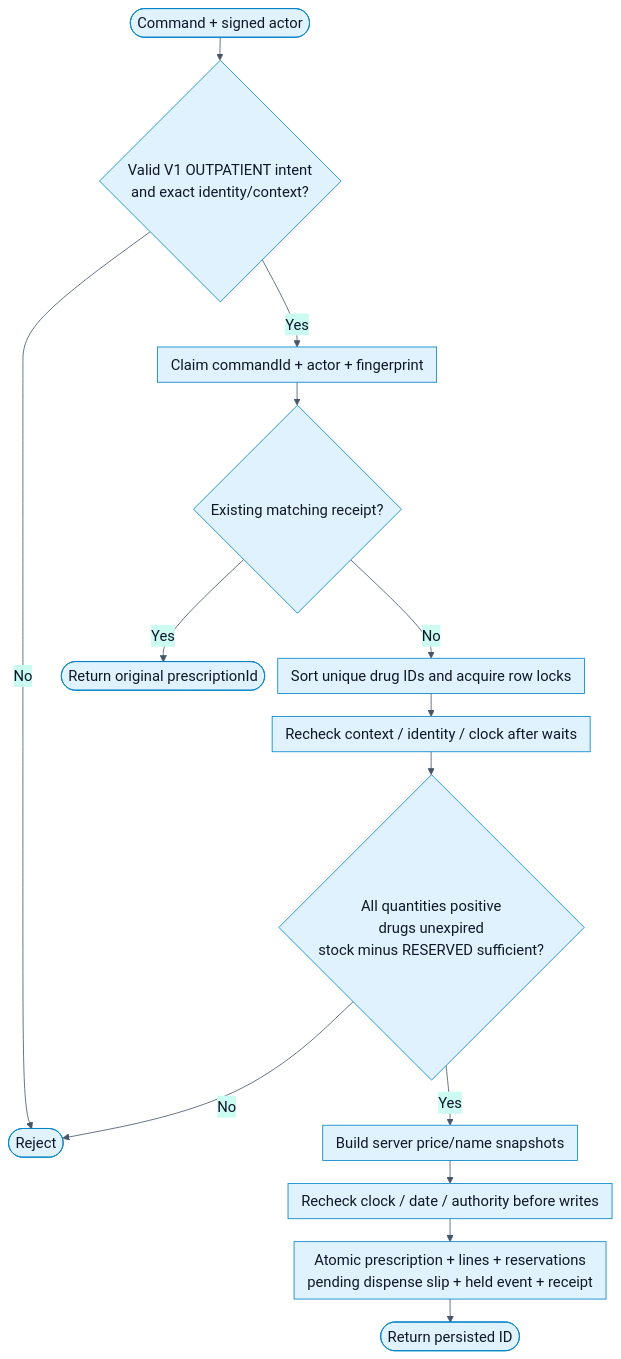
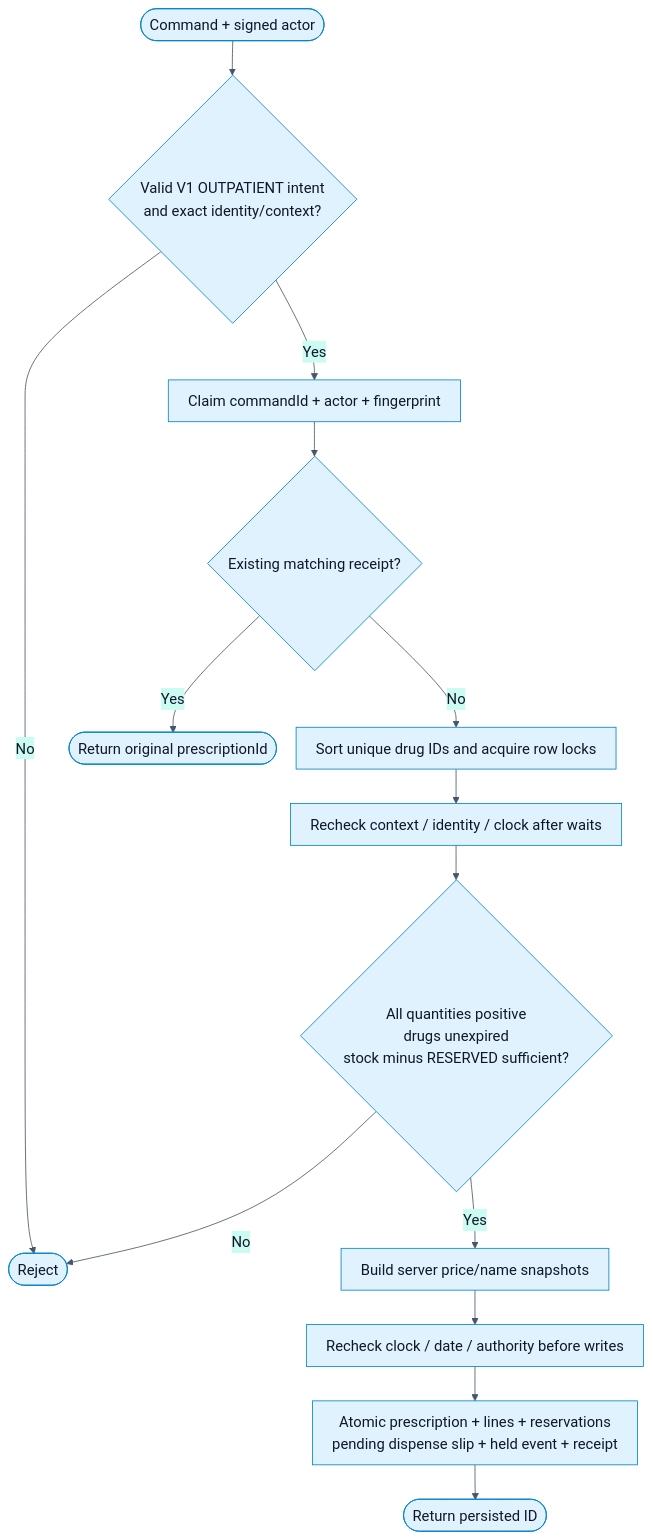
One commit to Dangvinh77/MediFlow changed the diagram in docs/monitor_proj_progress/02-giai-doan-2-thiet-ke-giao-dien-tieu-chuan/review-2/word-compact/portrait/mermaid/26-en.mmd. Above: the diagram before and after it, drawn with Mermaid. The commit also changed 593 other files, not shown here.

Commit message:
docs(review2): fix Word diagram exports and orientation layouts

```diff
--- a/docs/monitor_proj_progress/02-giai-doan-2-thiet-ke-giao-dien-tieu-chuan/review-2/word-compact/portrait/mermaid/26-en.mmd
+++ b/docs/monitor_proj_progress/02-giai-doan-2-thiet-ke-giao-dien-tieu-chuan/review-2/word-compact/portrait/mermaid/26-en.mmd
@@ -1,15 +1,15 @@
-%%{init: {"theme": "base", "securityLevel": "loose", "fontFamily": "Arial, sans-serif", "themeVariables": {"primaryColor": "#e0f2fe", "primaryTextColor": "#0f172a", "primaryBorderColor": "#0284c7", "lineColor": "#475569", "secondaryColor": "#ccfbf1", "tertiaryColor": "#f1f5f9", "background": "#ffffff", "mainBkg": "#e0f2fe", "nodeBorder": "#0284c7", "clusterBkg": "#f8fafc", "clusterBorder": "#94a3b8", "actorBkg": "#e0f2fe", "actorBorder": "#0284c7", "actorTextColor": "#0f172a", "signalColor": "#475569", "signalTextColor": "#0f172a", "labelBoxBkgColor": "#f1f5f9", "labelBoxBorderColor": "#94a3b8", "activationBkgColor": "#ccfbf1", "activationBorderColor": "#0f766e", "sequenceNumberColor": "#ffffff", "attributeBackgroundColorOdd": "#ffffff", "attributeBackgroundColorEven": "#f0f9ff", "fontSize": "18px"}, "flowchart": {"htmlLabels": true, "curve": "basis", "nodeSpacing": 16, "rankSpacing": 28, "padding": 8, "diagramPadding": 8, "wrappingWidth": 420}, "sequence": {"useMaxWidth": true, "wrap": true, "actorMargin": 22, "width": 125, "height": 45, "boxMargin": 6, "boxTextMargin": 4, "noteMargin": 7, "messageMargin": 20, "diagramMarginX": 8, "diagramMarginY": 8, "mirrorActors": false, "actorFontSize": 17, "messageFontSize": 16, "noteFontSize": 15, "wrapPadding": 6}, "er": {"useMaxWidth": true, "nodeSpacing": 22, "rankSpacing": 30, "diagramPadding": 8, "entityPadding": 10, "fontSize": 17}, "themeCSS": ".nodeLabel img { display:inline-block!important; width:28px!important; height:28px!important; vertical-align:middle!important; } .nodeLabel p { margin:0; }", "class": {"diagramPadding": 8, "nodeSpacing": 20, "rankSpacing": 30}}}%%
+%%{init: {"theme": "base", "securityLevel": "loose", "fontFamily": "Arial, sans-serif", "themeVariables": {"primaryColor": "#e0f2fe", "primaryTextColor": "#0f172a", "primaryBorderColor": "#0284c7", "lineColor": "#475569", "secondaryColor": "#ccfbf1", "tertiaryColor": "#f1f5f9", "background": "#ffffff", "mainBkg": "#e0f2fe", "nodeBorder": "#0284c7", "clusterBkg": "#f8fafc", "clusterBorder": "#94a3b8", "actorBkg": "#e0f2fe", "actorBorder": "#0284c7", "actorTextColor": "#0f172a", "signalColor": "#475569", "signalTextColor": "#0f172a", "labelBoxBkgColor": "#f1f5f9", "labelBoxBorderColor": "#94a3b8", "activationBkgColor": "#ccfbf1", "activationBorderColor": "#0f766e", "sequenceNumberColor": "#ffffff", "attributeBackgroundColorOdd": "#ffffff", "attributeBackgroundColorEven": "#f0f9ff", "fontSize": "18px"}, "flowchart": {"htmlLabels": true, "curve": "basis", "nodeSpacing": 24, "rankSpacing": 42, "padding": 12, "diagramPadding": 24, "wrappingWidth": 420, "subGraphTitleMargin": {"top": 10, "bottom": 32}}, "sequence": {"useMaxWidth": true, "wrap": true, "actorMargin": 30, "width": 140, "height": 55, "boxMargin": 14, "boxTextMargin": 8, "noteMargin": 16, "messageMargin": 34, "diagramMarginX": 24, "diagramMarginY": 24, "mirrorActors": true, "actorFontSize": 17, "messageFontSize": 16, "noteFontSize": 16, "wrapPadding": 10}, "er": {"useMaxWidth": true, "nodeSpacing": 30, "rankSpacing": 42, "diagramPadding": 24, "entityPadding": 10, "fontSize": 17}, "themeCSS": ".nodeLabel img { display:inline-block!important; width:28px!important; height:28px!important; vertical-align:middle!important; } .nodeLabel p { margin:0; }", "class": {"diagramPadding": 24, "nodeSpacing": 32, "rankSpacing": 45}}}%%
 flowchart TB
  A([Command + signed actor]) --> V{Valid V1 OUTPATIENT intent<br/>and exact identity/context?}
  V -->|No| ERR([Reject])
  V -->|Yes| R[Claim commandId + actor + fingerprint]
  R --> RE{Existing matching receipt?}
  RE -->|Yes| OLD([Return original prescriptionId])
  RE -->|No| SORT[Sort unique drug IDs and acquire row locks]
  SORT --> TIME[Recheck context / identity / clock after waits]
  TIME --> STOCK{All quantities positive<br/>drugs unexpired<br/>stock minus RESERVED sufficient?}
  STOCK -->|No| ERR
  STOCK -->|Yes| SNAP[Build server price/name snapshots]
  SNAP --> AGAIN[Recheck clock / date / authority before writes]
  AGAIN --> TX[Atomic prescription + lines + reservations<br/>pending dispense slip + held event + receipt]
  TX --> DONE([Return persisted ID])
```
